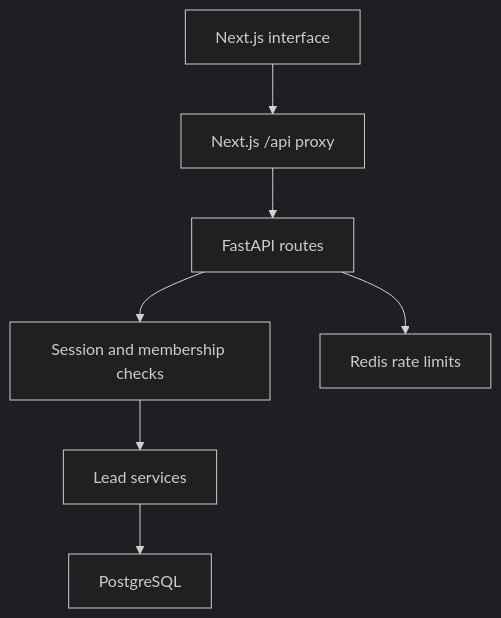
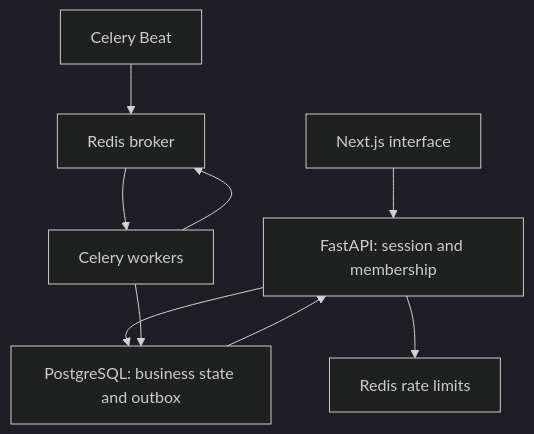
Before and after one commit to roshancyberhub-prog/FlowOps-AI: the diagram in docs/ARCHITECTURE.md, drawn with Mermaid (dark theme). The commit also changed other lines of this file and 11 other files, not shown here.

````diff
--- a/docs/ARCHITECTURE.md
+++ b/docs/ARCHITECTURE.md
@@ -5,9 +5,11 @@
 ```mermaid
 flowchart TD
-  Browser["Next.js interface"] --> Proxy["Next.js /api proxy"]
-  Proxy --> API["FastAPI routes"]
-  API --> Auth["Session and membership checks"]
-  Auth --> Services["Lead services"]
-  Services --> DB["PostgreSQL"]
-  API --> Redis["Redis rate limits"]
+  UI["Next.js interface"] --> API["FastAPI: session and membership"]
+  API --> DB["PostgreSQL: business state and outbox"]
+  API --> Limits["Redis rate limits"]
+  Beat["Celery Beat"] --> Broker["Redis broker"]
+  Broker --> Worker["Celery workers"]
+  Worker --> DB
+  Worker --> Broker
+  DB --> API
 ```
````
